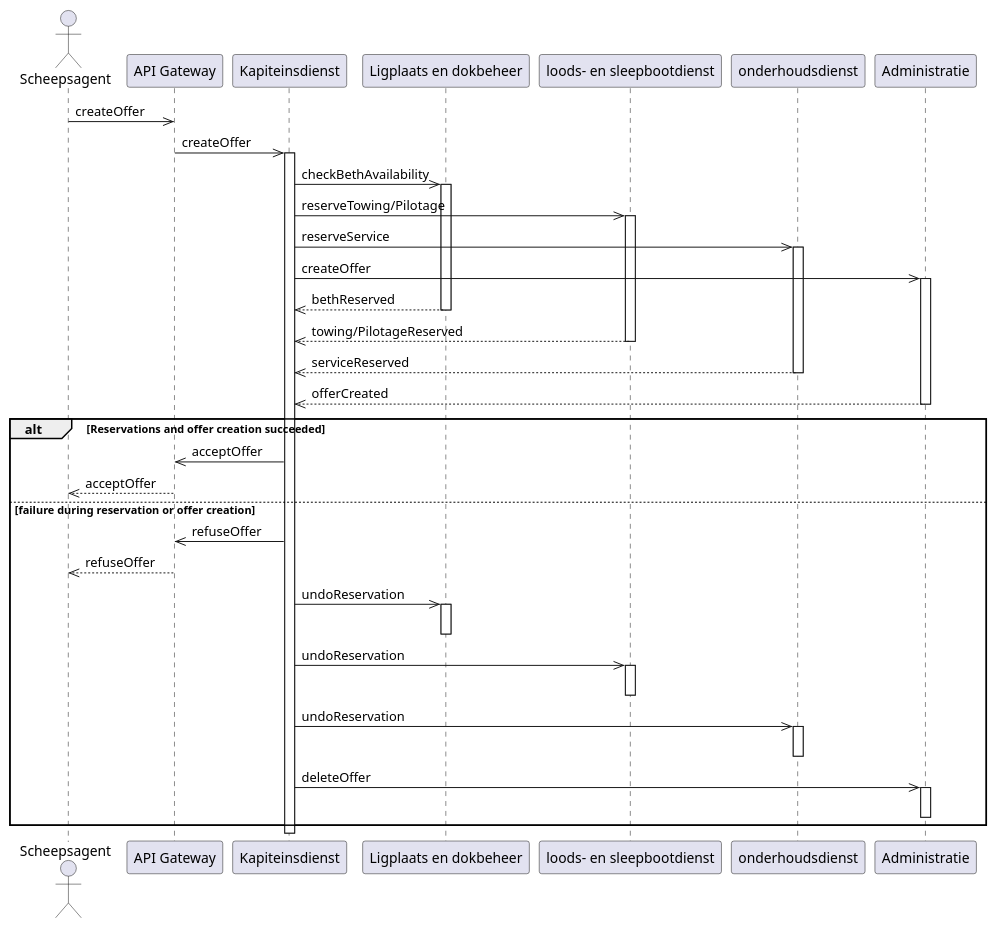
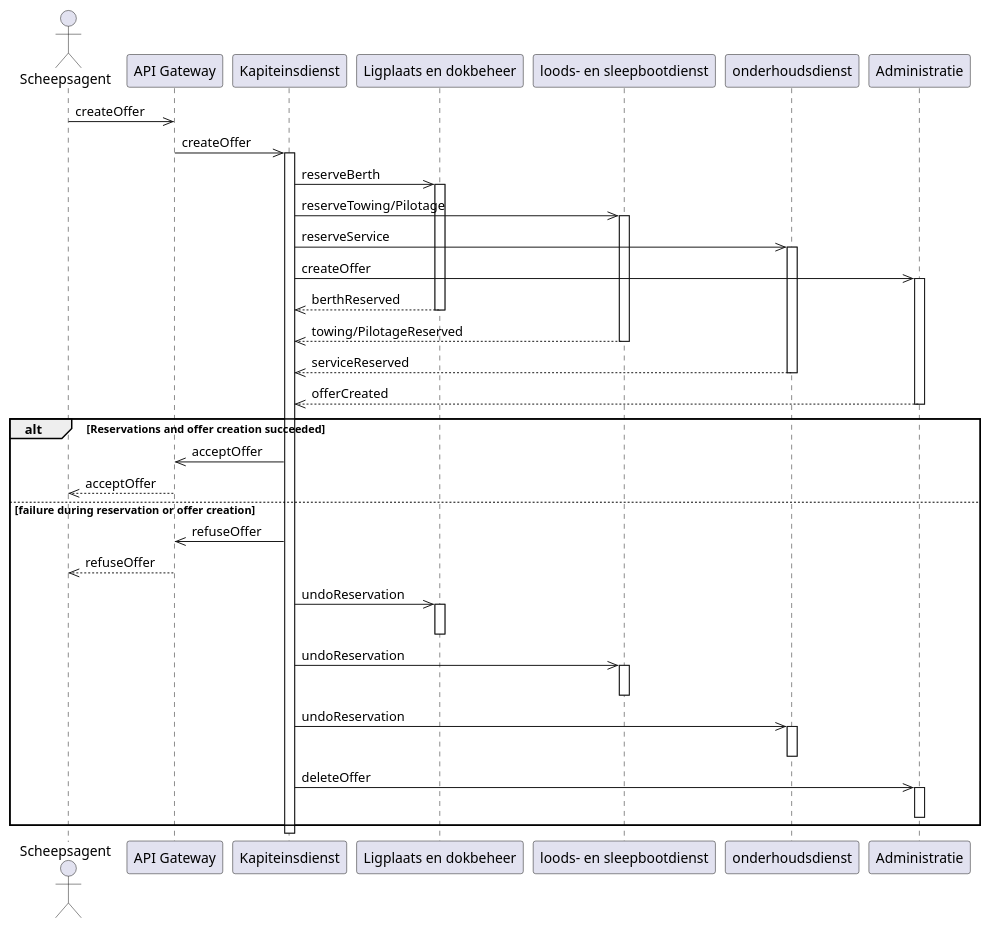
Before and after one commit to BavoAndriessen/project-sysdes: the diagram in sequentie_serviceinteractie_1.puml, drawn with PlantUML.

Commit message:
reserveBerth ipv checkavailability

```diff
--- a/sequentie_serviceinteractie_1.puml
+++ b/sequentie_serviceinteractie_1.puml
@@ -1,47 +1,47 @@
 @startuml aanmelding van een binnenvaart
 
 actor Scheepsagent
 Scheepsagent ->> "API Gateway": createOffer
 "API Gateway" ->> Kapiteinsdienst: createOffer
 activate Kapiteinsdienst
 
-Kapiteinsdienst ->> "Ligplaats en dokbeheer": checkBethAvailability
+Kapiteinsdienst ->> "Ligplaats en dokbeheer": reserveBerth
 activate "Ligplaats en dokbeheer"
 Kapiteinsdienst ->> "loods- en sleepbootdienst": reserveTowing/Pilotage
 activate "loods- en sleepbootdienst"
 Kapiteinsdienst ->> onderhoudsdienst: reserveService
 activate "onderhoudsdienst"
 Kapiteinsdienst ->> Administratie: createOffer
 activate "Administratie"
 
-Kapiteinsdienst <<-- "Ligplaats en dokbeheer": bethReserved
+Kapiteinsdienst <<-- "Ligplaats en dokbeheer": berthReserved
 deactivate "Ligplaats en dokbeheer"
 Kapiteinsdienst <<-- "loods- en sleepbootdienst": towing/PilotageReserved
 deactivate "loods- en sleepbootdienst"
 Kapiteinsdienst <<-- onderhoudsdienst: serviceReserved
 deactivate "onderhoudsdienst"
 Kapiteinsdienst <<-- Administratie: offerCreated
 deactivate "Administratie"
 
 alt Reservations and offer creation succeeded
     Kapiteinsdienst ->> "API Gateway": acceptOffer
     "API Gateway" -->> Scheepsagent: acceptOffer
 else failure during reservation or offer creation
     Kapiteinsdienst ->> "API Gateway": refuseOffer
     "API Gateway" -->> Scheepsagent: refuseOffer
     Kapiteinsdienst ->> "Ligplaats en dokbeheer": undoReservation
     activate "Ligplaats en dokbeheer"
     deactivate "Ligplaats en dokbeheer"
     Kapiteinsdienst ->> "loods- en sleepbootdienst": undoReservation
     activate "loods- en sleepbootdienst"
     deactivate "loods- en sleepbootdienst"
     Kapiteinsdienst ->> "onderhoudsdienst": undoReservation
     activate "onderhoudsdienst"
     deactivate "onderhoudsdienst"
     Kapiteinsdienst ->> "Administratie": deleteOffer
     activate "Administratie"
     deactivate "Administratie"
 end
 
 
 @enduml
```
